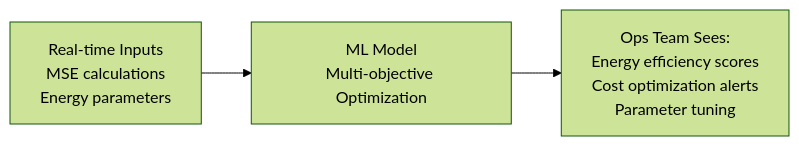
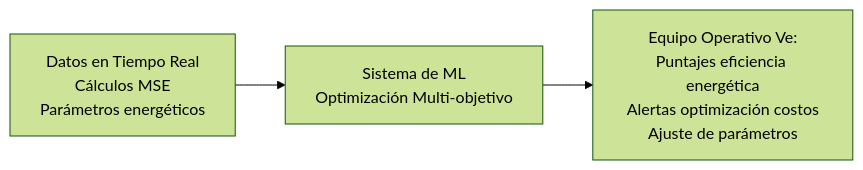
Before and after one commit to wonder-dmercadal/PublicReports: the fourth of 13 diagrams in PAE_Report.md, drawn with Mermaid (forest theme). The commit also changed other lines of this file, not shown here.

````diff
--- a/PAE_Report.md
+++ b/PAE_Report.md
@@ -59,5 +59,5 @@
 ```mermaid
 graph LR
-    A[Real-time Inputs<br/>MSE calculations<br/>Energy parameters] --> B[ML Model<br/>Multi-objective Optimization]
-    B --> C[Ops Team Sees:<br/>Energy efficiency scores<br/>Cost optimization alerts<br/>Parameter tuning]
+    A[Datos en Tiempo Real<br/>Cálculos MSE<br/>Parámetros energéticos] --> B[Sistema de ML<br/>Optimización Multi-objetivo]
+    B --> C[Equipo Operativo Ve:<br/>Puntajes eficiencia energética<br/>Alertas optimización costos<br/>Ajuste de parámetros]
 ```
````
